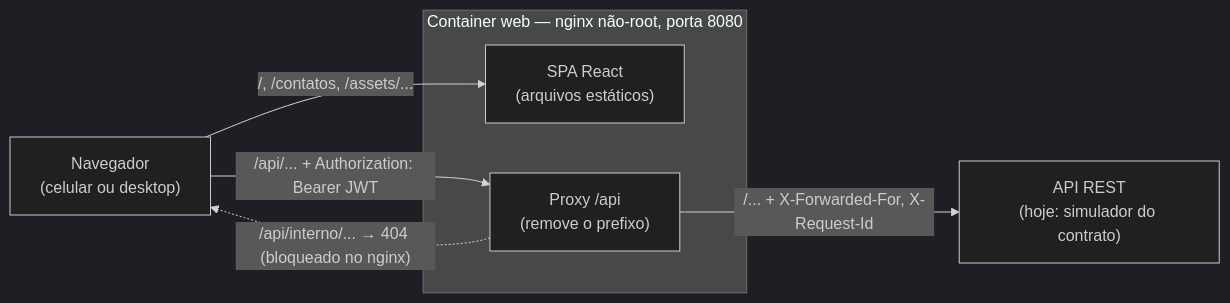
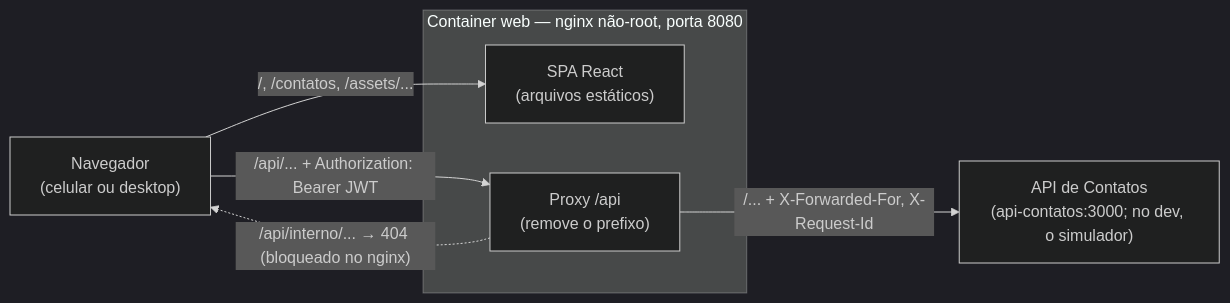
One commit to andrielschultzz/OrbitaTI changed the fifth of 5 diagrams in docs/02-arquitetura-c4.md. Above: the diagram before and after it, drawn with Mermaid (dark theme). The commit also changed other lines of this file and 25 other files, not shown here.

````diff
--- a/docs/02-arquitetura-c4.md
+++ b/docs/02-arquitetura-c4.md
@@ -325,13 +325,13 @@
 ```mermaid
 flowchart LR
     nav["Navegador<br/>(celular ou desktop)"]
     subgraph web["Container web — nginx não-root, porta 8080"]
         spa["SPA React<br/>(arquivos estáticos)"]
         proxy["Proxy /api<br/>(remove o prefixo)"]
     end
-    api["API REST<br/>(hoje: simulador do contrato)"]
+    api["API de Contatos<br/>(api-contatos:3000; no dev, o simulador)"]
     nav -- "/, /contatos, /assets/..." --> spa
     nav -- "/api/... + Authorization: Bearer JWT" --> proxy
     proxy -- "/... + X-Forwarded-For, X-Request-Id" --> api
     proxy -. "/api/interno/... → 404 (bloqueado no nginx)" .-> nav
 ```
````
